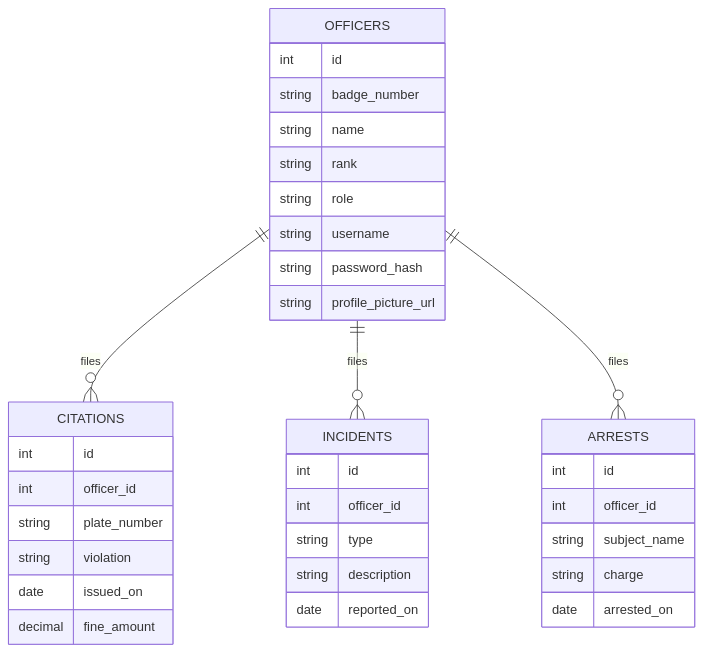
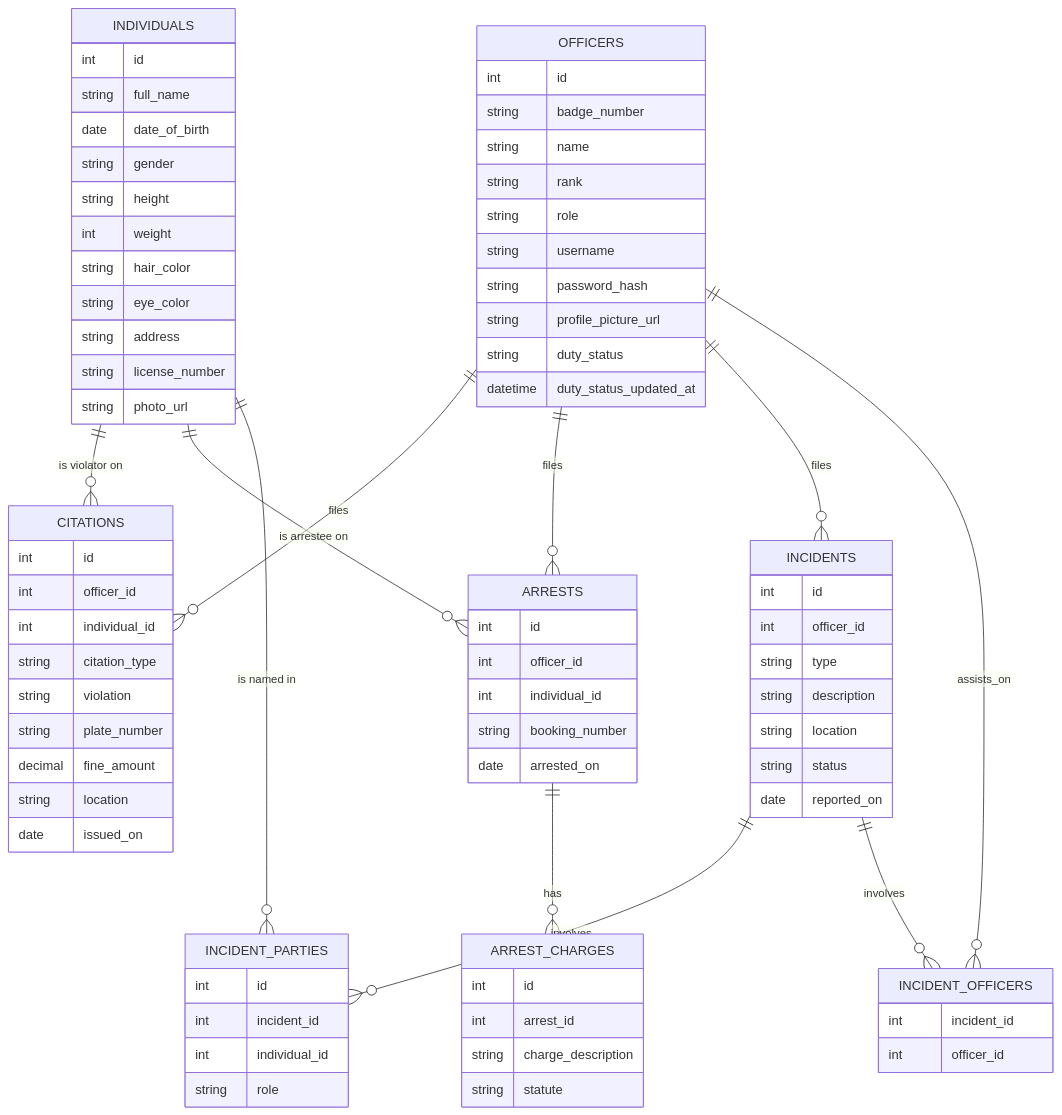
Before and after one commit to EgizianoEG/CNC111-Proto-PoliceMDT-Web: the fourth of 4 diagrams in ARCHITECTURE.md, drawn with Mermaid. The commit also changed other lines of this file and 14 other files, not shown here.

````diff
--- a/ARCHITECTURE.md
+++ b/ARCHITECTURE.md
@@ -101,38 +180,82 @@
 ```mermaid
 erDiagram
     OFFICERS ||--o{ CITATIONS : files
+    OFFICERS ||--o{ ARRESTS : files
     OFFICERS ||--o{ INCIDENTS : files
-    OFFICERS ||--o{ ARRESTS : files
+    OFFICERS ||--o{ INCIDENT_OFFICERS : assists_on
+    INDIVIDUALS ||--o{ CITATIONS : "is violator on"
+    INDIVIDUALS ||--o{ ARRESTS : "is arrestee on"
+    INDIVIDUALS ||--o{ INCIDENT_PARTIES : "is named in"
+    ARRESTS ||--o{ ARREST_CHARGES : has
+    INCIDENTS ||--o{ INCIDENT_PARTIES : involves
+    INCIDENTS ||--o{ INCIDENT_OFFICERS : involves
+
     OFFICERS {
         int id
         string badge_number
         string name
         string rank
         string role
         string username
         string password_hash
         string profile_picture_url
+        string duty_status
+        datetime duty_status_updated_at
+    }
+    INDIVIDUALS {
+        int id
+        string full_name
+        date date_of_birth
+        string gender
+        string height
+        int weight
+        string hair_color
+        string eye_color
+        string address
+        string license_number
+        string photo_url
     }
     CITATIONS {
         int id
         int officer_id
+        int individual_id
+        string citation_type
+        string violation
         string plate_number
-        string violation
+        decimal fine_amount
+        string location
         date issued_on
-        decimal fine_amount
+    }
+    ARRESTS {
+        int id
+        int officer_id
+        int individual_id
+        string booking_number
+        date arrested_on
+    }
+    ARREST_CHARGES {
+        int id
+        int arrest_id
+        string charge_description
+        string statute
     }
     INCIDENTS {
         int id
         int officer_id
         string type
         string description
+        string location
+        string status
         date reported_on
     }
-    ARRESTS {
+    INCIDENT_PARTIES {
         int id
+        int incident_id
+        int individual_id
+        string role
+    }
+    INCIDENT_OFFICERS {
+        int incident_id
         int officer_id
-        string subject_name
-        string charge
-        date arrested_on
     }
 ```
````
